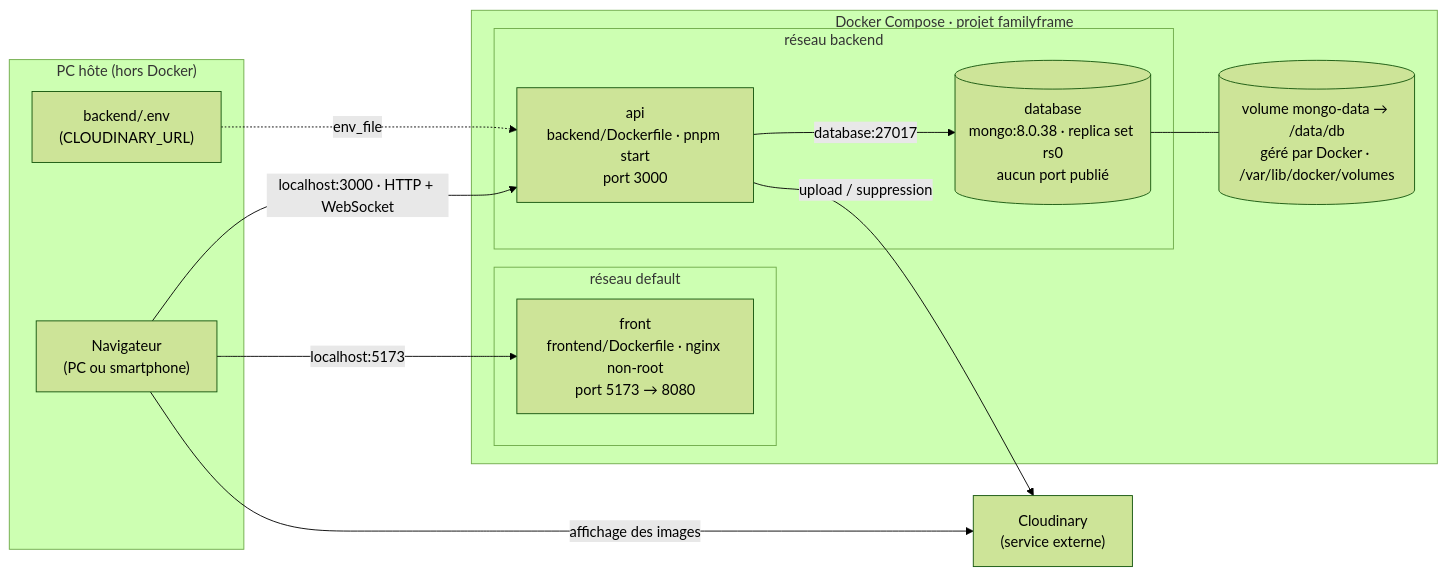
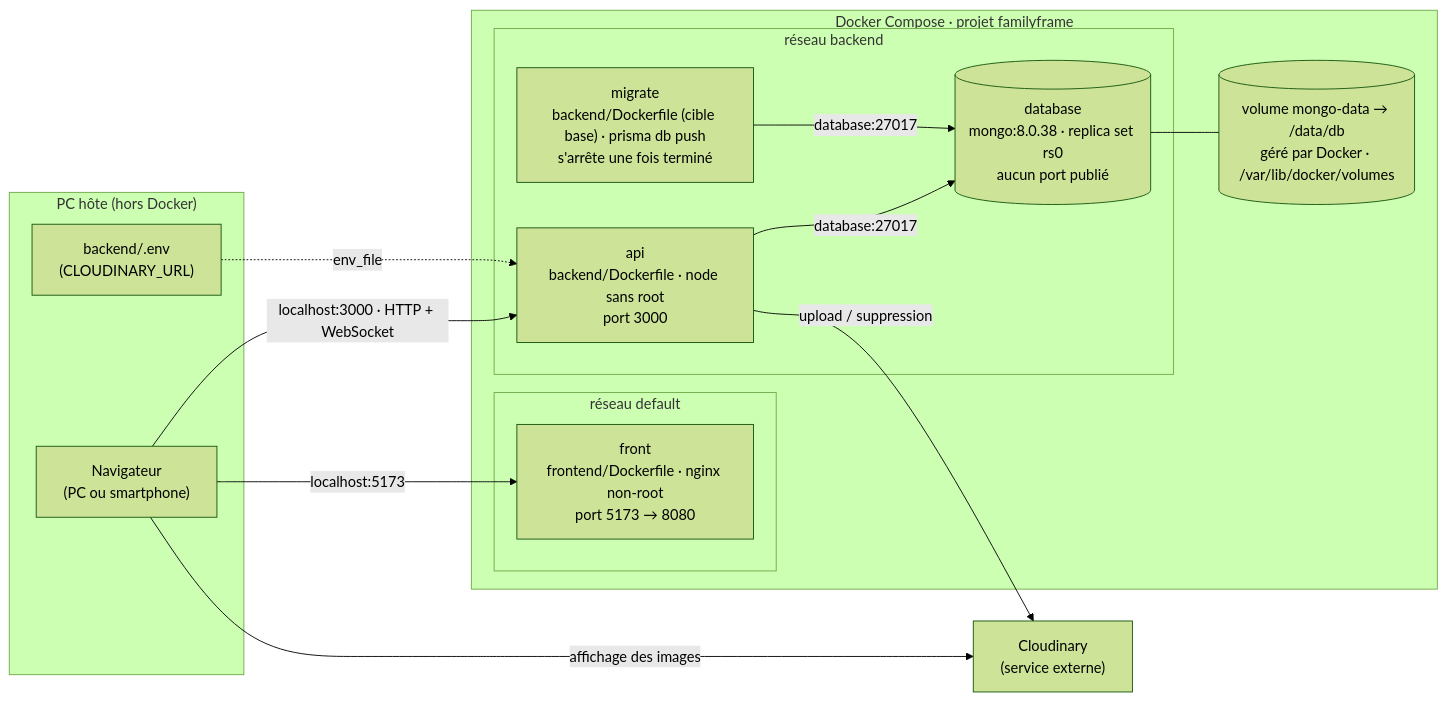
The second of 2 diagrams in ARCHITECTURE.md (SIMPLON-DIST-CDA-260316/familyFrame-Jordan), drawn with Mermaid (forest theme) before and after one commit. The commit also changed other lines of this file and 4 other files, not shown here.

Commit message:
feat(T18): build multi-stage de l'API sans root et service migrate pour le schéma Prisma

````diff
--- a/ARCHITECTURE.md
+++ b/ARCHITECTURE.md
@@ -54,28 +56,30 @@
 ```mermaid
 flowchart LR
   subgraph host["PC hôte (hors Docker)"]
     browser["Navigateur<br/>(PC ou smartphone)"]
     envfile["backend/.env<br/>(CLOUDINARY_URL)"]
   end
 
   subgraph compose["Docker Compose · projet familyframe"]
     subgraph netdefault["réseau default"]
       front["front<br/>frontend/Dockerfile · nginx non-root<br/>port 5173 → 8080"]
     end
     subgraph netbackend["réseau backend"]
-      api["api<br/>backend/Dockerfile · pnpm start<br/>port 3000"]
+      api["api<br/>backend/Dockerfile · node sans root<br/>port 3000"]
+      migrate["migrate<br/>backend/Dockerfile (cible base) · prisma db push<br/>s'arrête une fois terminé"]
       database[("database<br/>mongo:8.0.38 · replica set rs0<br/>aucun port publié")]
     end
     vol[("volume mongo-data → /data/db<br/>géré par Docker · /var/lib/docker/volumes")]
   end
 
   cloudinary["Cloudinary<br/>(service externe)"]
 
   browser -- "localhost:5173" --> front
   browser -- "localhost:3000 · HTTP + WebSocket" --> api
   api -- "database:27017" --> database
+  migrate -- "database:27017" --> database
   database --- vol
   api -- "upload / suppression" --> cloudinary
   browser -- "affichage des images" --> cloudinary
   envfile -. "env_file" .-> api
 ```
````
